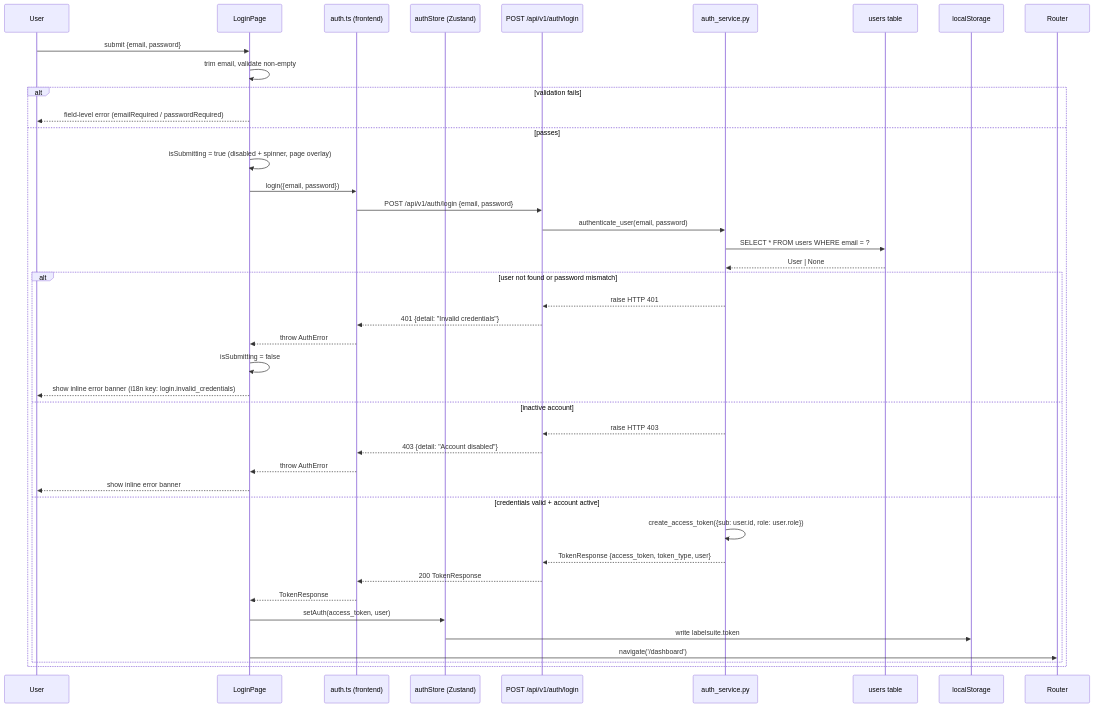
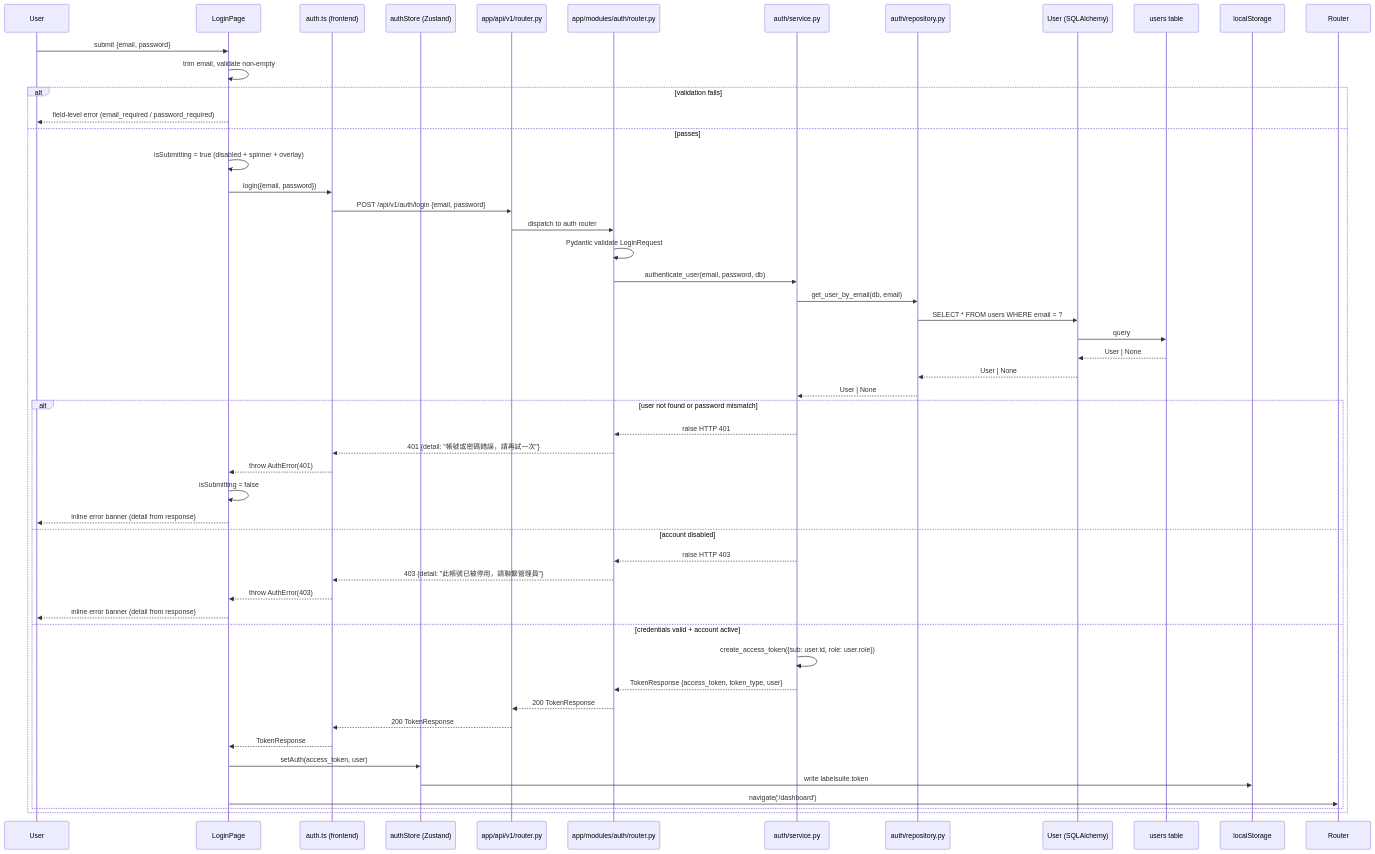
One commit to singyichen/label-suite changed the diagram in specs/account/001-login-email-password/plan.md. Above: the diagram before and after it, drawn with Mermaid. The commit also changed other lines of this file and 2 other files, not shown here.

Commit message:
docs: bump foundation-000 and account-001 plans to v2.0.0, sync STATUS.md

````diff
--- a/specs/account/001-login-email-password/plan.md
+++ b/specs/account/001-login-email-password/plan.md
@@ -153,45 +165,55 @@
 ```mermaid
 sequenceDiagram
     participant User
     participant LoginPage
     participant AuthService as auth.ts (frontend)
     participant AuthStore as authStore (Zustand)
-    participant API as POST /api/v1/auth/login
-    participant BackendService as auth_service.py
+    participant Route as app/api/v1/router.py
+    participant Controller as app/modules/auth/router.py
+    participant Service as auth/service.py
+    participant Repository as auth/repository.py
+    participant Model as User (SQLAlchemy)
     participant DB as users table
 
     User->>LoginPage: submit {email, password}
     LoginPage->>LoginPage: trim email, validate non-empty
 
     alt validation fails
-        LoginPage-->>User: field-level error (emailRequired / passwordRequired)
+        LoginPage-->>User: field-level error (email_required / password_required)
     else passes
-        LoginPage->>LoginPage: isSubmitting = true (disabled + spinner, page overlay)
+        LoginPage->>LoginPage: isSubmitting = true (disabled + spinner + overlay)
         LoginPage->>AuthService: login({email, password})
-        AuthService->>API: POST /api/v1/auth/login {email, password}
-        API->>BackendService: authenticate_user(email, password)
-        BackendService->>DB: SELECT * FROM users WHERE email = ?
-        DB-->>BackendService: User | None
+        AuthService->>Route: POST /api/v1/auth/login {email, password}
+        Route->>Controller: dispatch to auth router
+        Controller->>Controller: Pydantic validate LoginRequest
+        Controller->>Service: authenticate_user(email, password, db)
+        Service->>Repository: get_user_by_email(db, email)
+        Repository->>Model: SELECT * FROM users WHERE email = ?
+        Model->>DB: query
+        DB-->>Model: User | None
+        Model-->>Repository: User | None
+        Repository-->>Service: User | None
 
         alt user not found or password mismatch
-            BackendService-->>API: raise HTTP 401
-            API-->>AuthService: 401 {detail: "Invalid credentials"}
-            AuthService-->>LoginPage: throw AuthError
+            Service-->>Controller: raise HTTP 401
+            Controller-->>AuthService: 401 {detail: "帳號或密碼錯誤，請再試一次"}
+            AuthService-->>LoginPage: throw AuthError(401)
             LoginPage->>LoginPage: isSubmitting = false
-            LoginPage-->>User: show inline error banner (i18n key: login.invalid_credentials)
-        else inactive account
-            BackendService-->>API: raise HTTP 403
-            API-->>AuthService: 403 {detail: "Account disabled"}
-            AuthService-->>LoginPage: throw AuthError
-            LoginPage-->>User: show inline error banner
+            LoginPage-->>User: inline error banner (detail from response)
+        else account disabled
+            Service-->>Controller: raise HTTP 403
+            Controller-->>AuthService: 403 {detail: "此帳號已被停用，請聯繫管理員"}
+            AuthService-->>LoginPage: throw AuthError(403)
+            LoginPage-->>User: inline error banner (detail from response)
         else credentials valid + account active
-            BackendService->>BackendService: create_access_token({sub: user.id, role: user.role})
-            BackendService-->>API: TokenResponse {access_token, token_type, user}
-            API-->>AuthService: 200 TokenResponse
+            Service->>Service: create_access_token({sub: user.id, role: user.role})
+            Service-->>Controller: TokenResponse {access_token, token_type, user}
+            Controller-->>Route: 200 TokenResponse
+            Route-->>AuthService: 200 TokenResponse
             AuthService-->>LoginPage: TokenResponse
             LoginPage->>AuthStore: setAuth(access_token, user)
             AuthStore->>localStorage: write labelsuite.token
             LoginPage->>Router: navigate('/dashboard')
         end
     end
 ```
````
